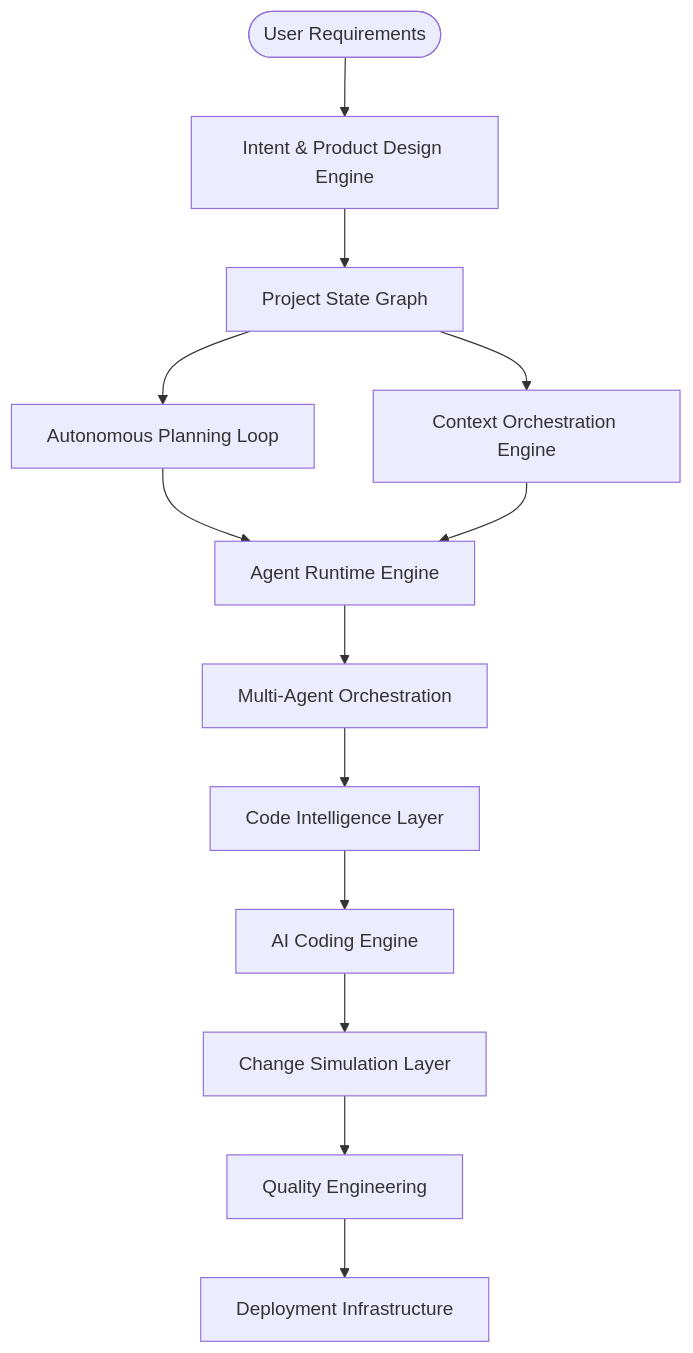
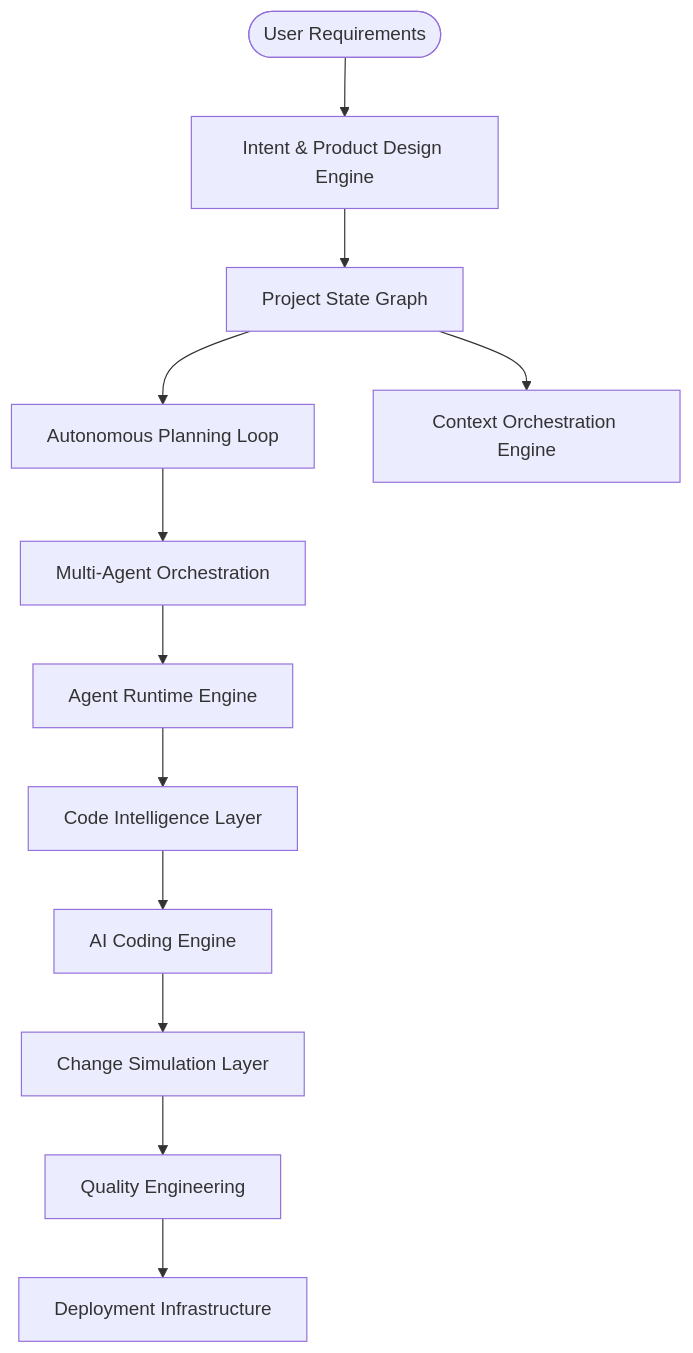
The diagram in PROJECT_PLAN.md (pavan53732/true-autonomous-AI-full-stack-app-builder), drawn with Mermaid before and after one commit. The commit also changed other lines of this file, not shown here.

Commit message:
Hardened AstraBuild Architecture: Finalized Control Layers, Graph Persistence, Simulation, and Governance.

````diff
--- a/PROJECT_PLAN.md
+++ b/PROJECT_PLAN.md
@@ -540,26 +565,24 @@
 ```mermaid
 graph TD
     User([User Requirements]) --> Planning[Intent & Product Design Engine]
 
     Planning --> PSG[Project State Graph]
 
     PSG --> MissionEngine[Autonomous Planning Loop]
 
     PSG --> Context[Context Orchestration Engine]
 
-    MissionEngine --> Runtime[Agent Runtime Engine]
+    MissionEngine --> Agents[Multi-Agent Orchestration]
 
-    Context --> Runtime
+    Agents --> Runtime[Agent Runtime Engine]
 
-    Runtime --> Agents[Multi-Agent Orchestration]
-
-    Agents --> CodeIntel[Code Intelligence Layer]
+    Runtime --> CodeIntel[Code Intelligence Layer]
 
     CodeIntel --> Coding[AI Coding Engine]
 
     Coding --> Simulation[Change Simulation Layer]
 
     Simulation --> Quality[Quality Engineering]
 
     Quality --> Deploy[Deployment Infrastructure]
 ```
````
